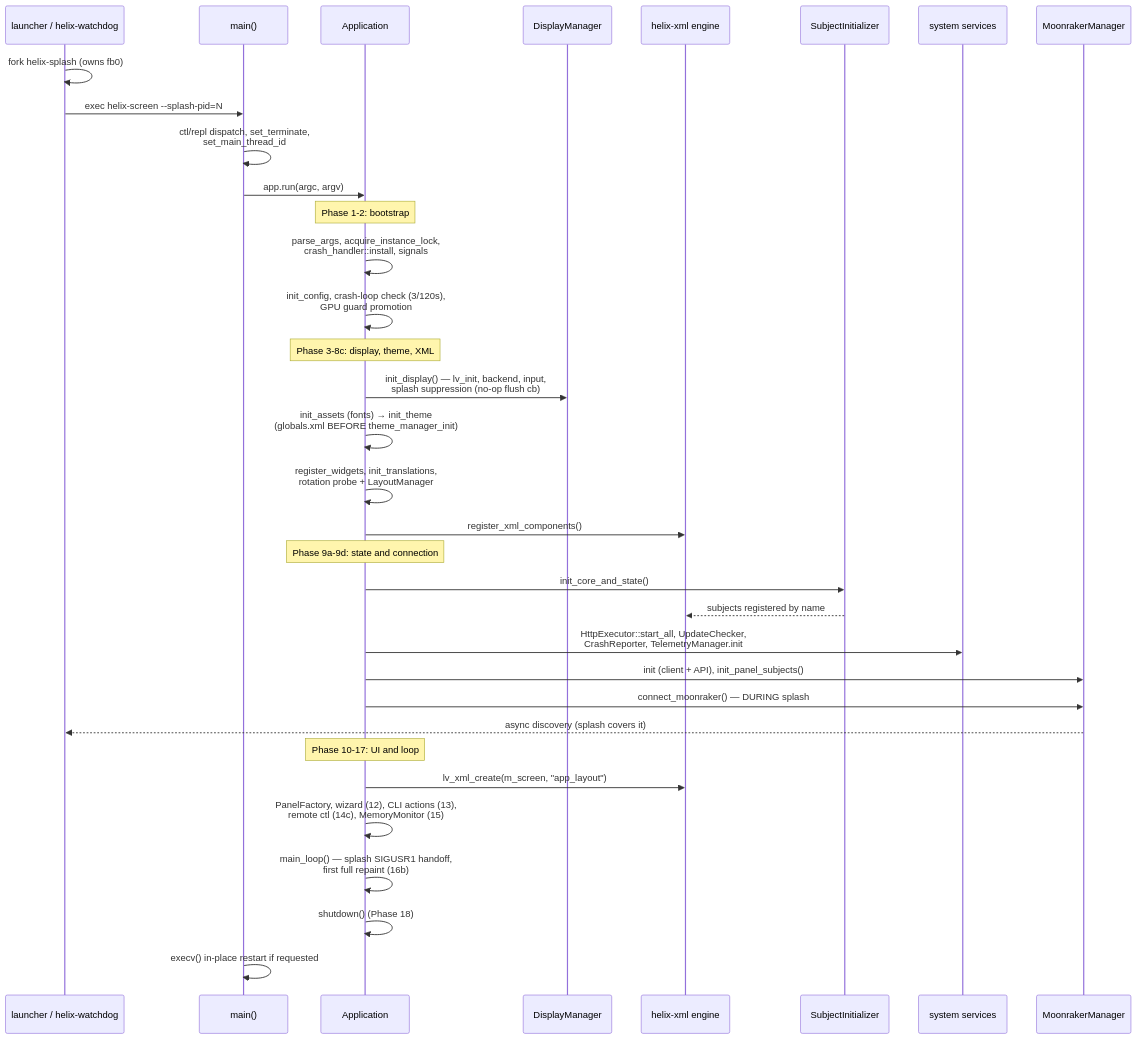
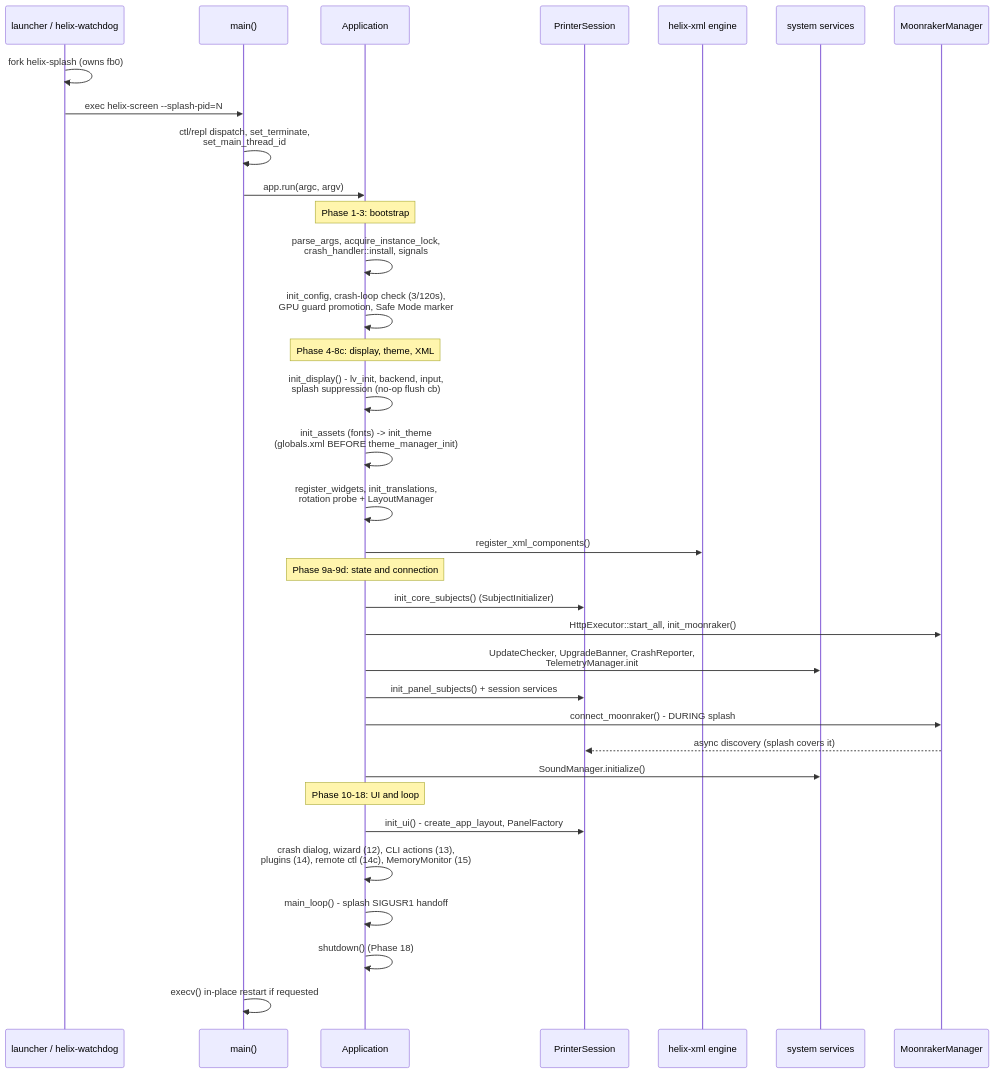
One commit to jrlomas/helixscreen changed the diagram in docs/devel/architecture/11-startup-shutdown.md. Above: the diagram before and after it, drawn with Mermaid. The commit also changed other lines of this file and 90 other files, not shown here.

First line of the commit message:
docs(devel): refresh the architecture guide against the code, add an ESP32 firmware chapter, move printer-specific docs under printers/ and printer-research/, retire shipped plans

````diff
--- a/docs/devel/architecture/11-startup-shutdown.md
+++ b/docs/devel/architecture/11-startup-shutdown.md
@@ -7,41 +7,41 @@
 ```mermaid
 sequenceDiagram
     participant WD as launcher / helix-watchdog
     participant M as main()
     participant A as Application
-    participant DM as DisplayManager
+    participant PS as PrinterSession
     participant XML as helix-xml engine
-    participant SI as SubjectInitializer
     participant Svc as system services
     participant MM as MoonrakerManager
 
     WD->>WD: fork helix-splash (owns fb0)
     WD->>M: exec helix-screen --splash-pid=N
     M->>M: ctl/repl dispatch, set_terminate,<br/>set_main_thread_id
     M->>A: app.run(argc, argv)
 
-    Note over A: Phase 1-2: bootstrap
+    Note over A: Phase 1-3: bootstrap
     A->>A: parse_args, acquire_instance_lock,<br/>crash_handler::install, signals
-    A->>A: init_config, crash-loop check (3/120s),<br/>GPU guard promotion
+    A->>A: init_config, crash-loop check (3/120s),<br/>GPU guard promotion, Safe Mode marker
 
-    Note over A: Phase 3-8c: display, theme, XML
-    A->>DM: init_display() — lv_init, backend, input,<br/>splash suppression (no-op flush cb)
-    A->>A: init_assets (fonts) → init_theme<br/>(globals.xml BEFORE theme_manager_init)
+    Note over A: Phase 4-8c: display, theme, XML
+    A->>A: init_display() - lv_init, backend, input,<br/>splash suppression (no-op flush cb)
+    A->>A: init_assets (fonts) -> init_theme<br/>(globals.xml BEFORE theme_manager_init)
     A->>A: register_widgets, init_translations,<br/>rotation probe + LayoutManager
     A->>XML: register_xml_components()
 
     Note over A: Phase 9a-9d: state and connection
-    A->>SI: init_core_and_state()
-    SI-->>XML: subjects registered by name
-    A->>Svc: HttpExecutor::start_all, UpdateChecker,<br/>CrashReporter, TelemetryManager.init
-    A->>MM: init (client + API), init_panel_subjects()
-    A->>MM: connect_moonraker() — DURING splash
-    MM-->>WD: async discovery (splash covers it)
+    A->>PS: init_core_subjects() (SubjectInitializer)
+    A->>MM: HttpExecutor::start_all, init_moonraker()
+    A->>Svc: UpdateChecker, UpgradeBanner, CrashReporter,<br/>TelemetryManager.init
+    A->>PS: init_panel_subjects() + session services
+    A->>MM: connect_moonraker() - DURING splash
+    MM-->>PS: async discovery (splash covers it)
+    A->>Svc: SoundManager.initialize()
 
-    Note over A: Phase 10-17: UI and loop
-    A->>XML: lv_xml_create(m_screen, "app_layout")
-    A->>A: PanelFactory, wizard (12), CLI actions (13),<br/>remote ctl (14c), MemoryMonitor (15)
-    A->>A: main_loop() — splash SIGUSR1 handoff,<br/>first full repaint (16b)
+    Note over A: Phase 10-18: UI and loop
+    A->>PS: init_ui() - create_app_layout, PanelFactory
+    A->>A: crash dialog, wizard (12), CLI actions (13),<br/>plugins (14), remote ctl (14c), MemoryMonitor (15)
+    A->>A: main_loop() - splash SIGUSR1 handoff
     A->>A: shutdown() (Phase 18)
     M->>M: execv() in-place restart if requested
 ```
````
